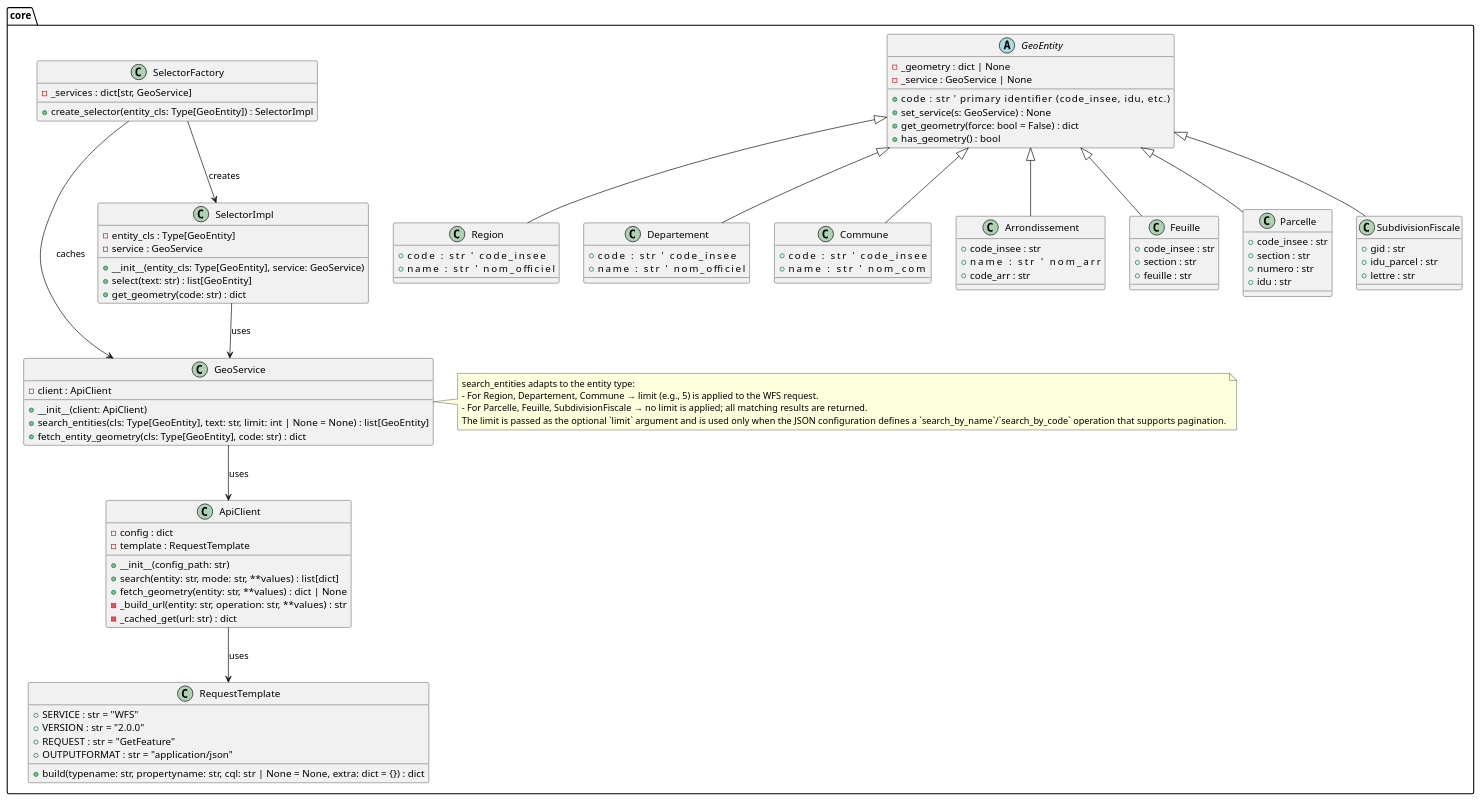
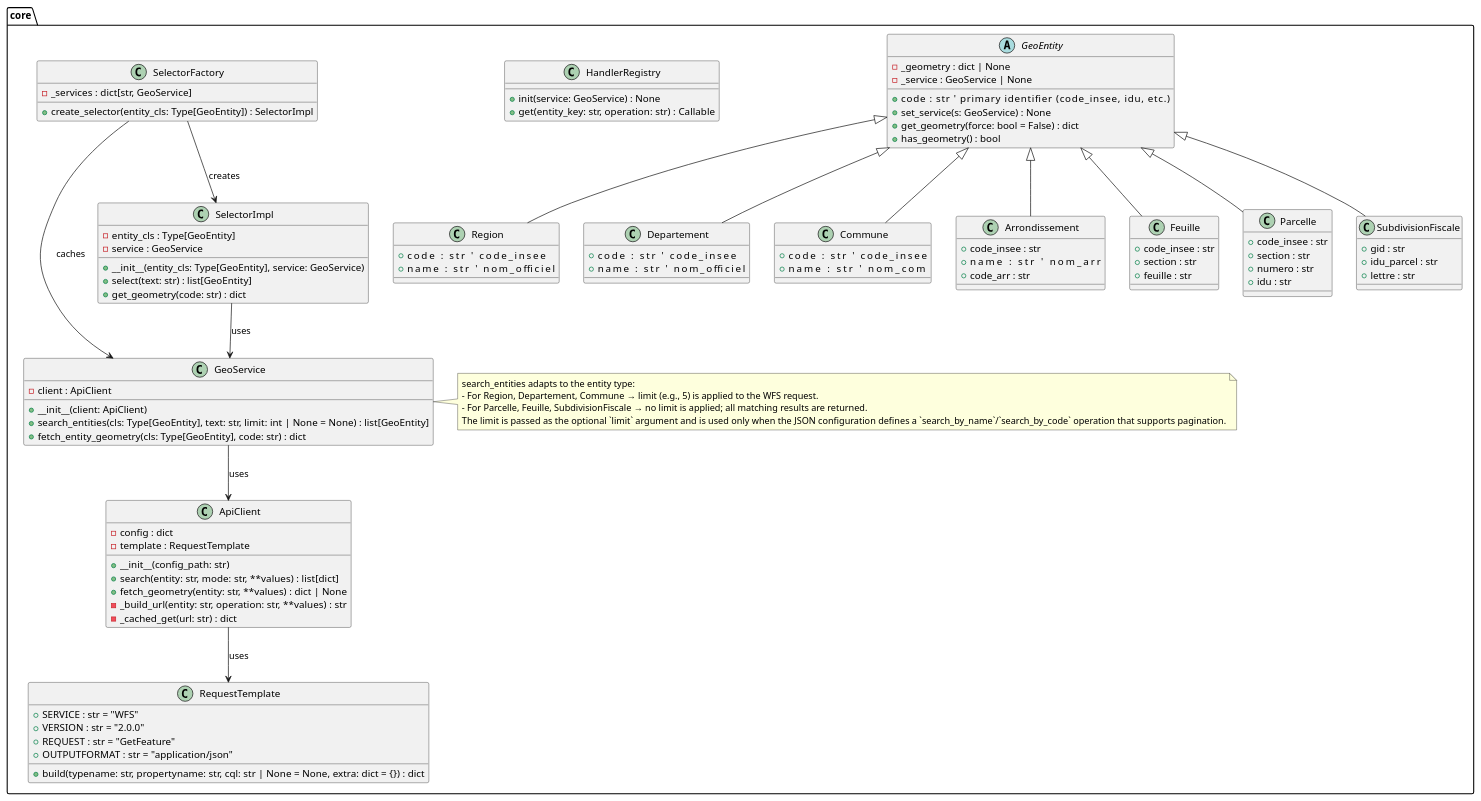
The diagram in architecture.puml (yan-sln/geoselector), drawn with PlantUML before and after one commit. The commit also changed 11 other files, not shown here.

```diff
--- a/architecture.puml
+++ b/architecture.puml
@@ -1,116 +1,120 @@
 @startuml
 ' ==========================================================
 ' Packages and core components
 ' ==========================================================
 package core {
 
     ' ---------- Request template ----------
     class RequestTemplate {
         +SERVICE : str = "WFS"
         +VERSION : str = "2.0.0"
         +REQUEST : str = "GetFeature"
         +OUTPUTFORMAT : str = "application/json"
         +build(typename: str, propertyname: str, cql: str | None = None, extra: dict = {}) : dict
     }
 
     ' ---------- API client ----------
     class ApiClient {
         -config : dict
         -template : RequestTemplate
         +__init__(config_path: str)
         +search(entity: str, mode: str, **values) : list[dict]
         +fetch_geometry(entity: str, **values) : dict | None
         -_build_url(entity: str, operation: str, **values) : str
         -_cached_get(url: str) : dict
     }
 
     ' ---------- GeoEntity (minimal + attributes from JSON) ----------
     abstract class GeoEntity {
         +code : str                ' primary identifier (code_insee, idu, etc.)
         -_geometry : dict | None
         -_service : GeoService | None
         +set_service(s: GeoService) : None
         +get_geometry(force: bool = False) : dict
         +has_geometry() : bool
     }
 
     class Region {
         +code : str                ' code_insee
         +name : str                ' nom_officiel
     }
     class Departement {
         +code : str                ' code_insee
         +name : str                ' nom_officiel
     }
     class Commune {
         +code : str                ' code_insee
         +name : str                ' nom_com
     }
     class Arrondissement {
         +code_insee : str
         +name : str                ' nom_arr
         +code_arr : str
     }
     class Feuille {
         +code_insee : str
         +section : str
         +feuille : str
     }
     class Parcelle {
         +code_insee : str
         +section : str
         +numero : str
         +idu : str
     }
     class SubdivisionFiscale {
         +gid : str
         +idu_parcel : str
         +lettre : str
     }
 
     GeoEntity <|-- Region
     GeoEntity <|-- Departement
     GeoEntity <|-- Commune
     GeoEntity <|-- Arrondissement
     GeoEntity <|-- Feuille
     GeoEntity <|-- Parcelle
     GeoEntity <|-- SubdivisionFiscale
 
     ' ---------- Service ----------
     class GeoService {
         -client : ApiClient
         +__init__(client: ApiClient)
         +search_entities(cls: Type[GeoEntity], text: str, limit: int | None = None) : list[GeoEntity]
         +fetch_entity_geometry(cls: Type[GeoEntity], code: str) : dict
     }
     note right of GeoService
         search_entities adapts to the entity type:
         - For Region, Departement, Commune → limit (e.g., 5) is applied to the WFS request.
         - For Parcelle, Feuille, SubdivisionFiscale → no limit is applied; all matching results are returned.
         The limit is passed as the optional `limit` argument and is used only when the JSON configuration defines a `search_by_name`/`search_by_code` operation that supports pagination.
     end note
 
     ' ---------- Selector ----------
     class SelectorImpl {
         -entity_cls : Type[GeoEntity]
         -service : GeoService
         +__init__(entity_cls: Type[GeoEntity], service: GeoService)
         +select(text: str) : list[GeoEntity]
         +get_geometry(code: str) : dict
     }
+    class HandlerRegistry {
+        +init(service: GeoService) : None
+        +get(entity_key: str, operation: str) : Callable
+    }
 
     ' ---------- Factory ----------
     class SelectorFactory {
         -_services : dict[str, GeoService]
         +create_selector(entity_cls: Type[GeoEntity]) : SelectorImpl
     }
 }
 ' ==========================================================
 ' Relations
 ' ==========================================================
 ApiClient --> RequestTemplate : uses
 GeoService --> ApiClient : uses
 SelectorImpl --> GeoService : uses
 SelectorFactory --> GeoService : caches
 SelectorFactory --> SelectorImpl : creates
 @enduml
```
